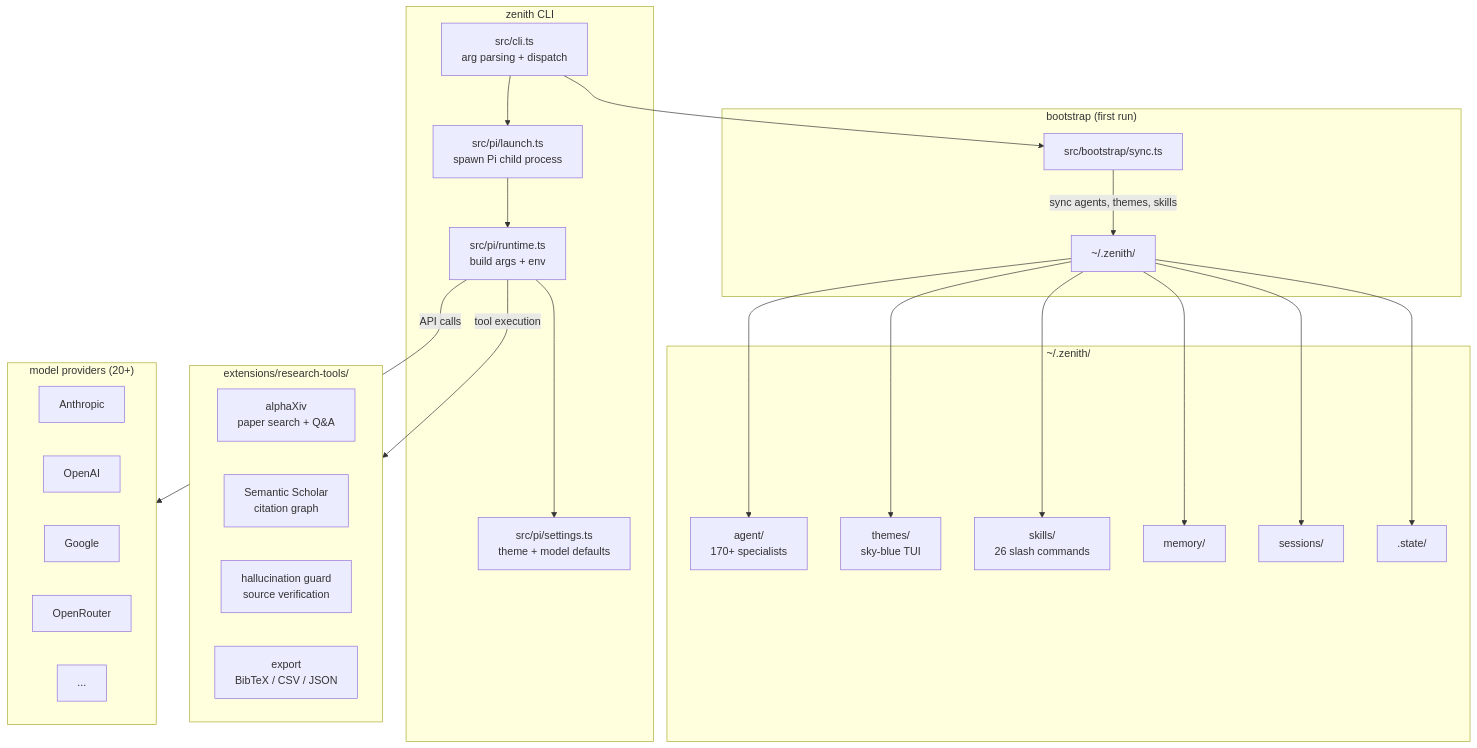
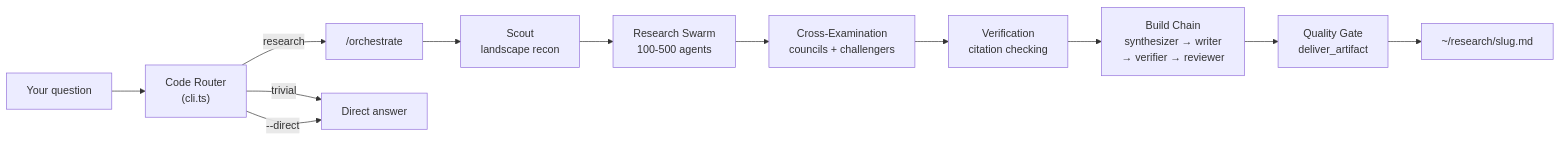
One commit to pkmdev-sec/zenith changed the first of 2 diagrams in README.md. Above: the diagram before and after it, drawn with Mermaid. The commit also changed other lines of this file and 4 other files, not shown here.

First line of the commit message:
docs: polish all documentation for open-source release

````diff
--- a/README.md
+++ b/README.md
@@ -42,46 +47,15 @@
 ```mermaid
-graph TD
-    subgraph CLI["zenith CLI"]
-        Entry["src/cli.ts<br/>arg parsing + dispatch"]
-        Launch["src/pi/launch.ts<br/>spawn Pi child process"]
-        Runtime["src/pi/runtime.ts<br/>build args + env"]
-        Settings["src/pi/settings.ts<br/>theme + model defaults"]
-    end
-
-    subgraph Bootstrap["bootstrap (first run)"]
-        Sync["src/bootstrap/sync.ts"]
-        Dot[~/.zenith/]
-        Sync -->|sync agents, themes, skills| Dot
-    end
-
-    subgraph DotZenith["~/.zenith/"]
-        Agents["agent/<br/>170+ specialists"]
-        Themes["themes/<br/>sky-blue TUI"]
-        Skills["skills/<br/>26 slash commands"]
-        Memory["memory/"]
-        Sessions["sessions/"]
-        State[".state/"]
-    end
-
-    subgraph Extensions["extensions/research-tools/"]
-        AlphaXiv["alphaXiv<br/>paper search + Q&A"]
-        SemanticScholar["Semantic Scholar<br/>citation graph"]
-        HallucinationGuard["hallucination guard<br/>source verification"]
-        Export["export<br/>BibTeX / CSV / JSON"]
-    end
-
-    subgraph Providers["model providers (20+)"]
-        Anthropic
-        OpenAI
-        Google
-        OpenRouter
-        Others["..."]
-    end
-
-    Entry --> Launch --> Runtime
-    Runtime --> Settings
-    Entry --> Sync
-    Dot --> Agents & Themes & Skills & Memory & Sessions & State
-    Runtime -->|API calls| Providers
-    Runtime -->|tool execution| Extensions
+graph LR
+    Q["Your question"] --> R["Code Router<br/>(cli.ts)"]
+    R -->|research| O["/orchestrate"]
+    R -->|trivial| D["Direct answer"]
+    R -->|--direct| D
+    
+    O --> S["Scout<br/>landscape recon"]
+    S --> RS["Research Swarm<br/>100-500 agents"]
+    RS --> CX["Cross-Examination<br/>councils + challengers"]
+    CX --> V["Verification<br/>citation checking"]
+    V --> B["Build Chain<br/>synthesizer → writer<br/>→ verifier → reviewer"]
+    B --> QG["Quality Gate<br/>deliver_artifact"]
+    QG --> OUT["~/research/slug.md"]
 ```
````
